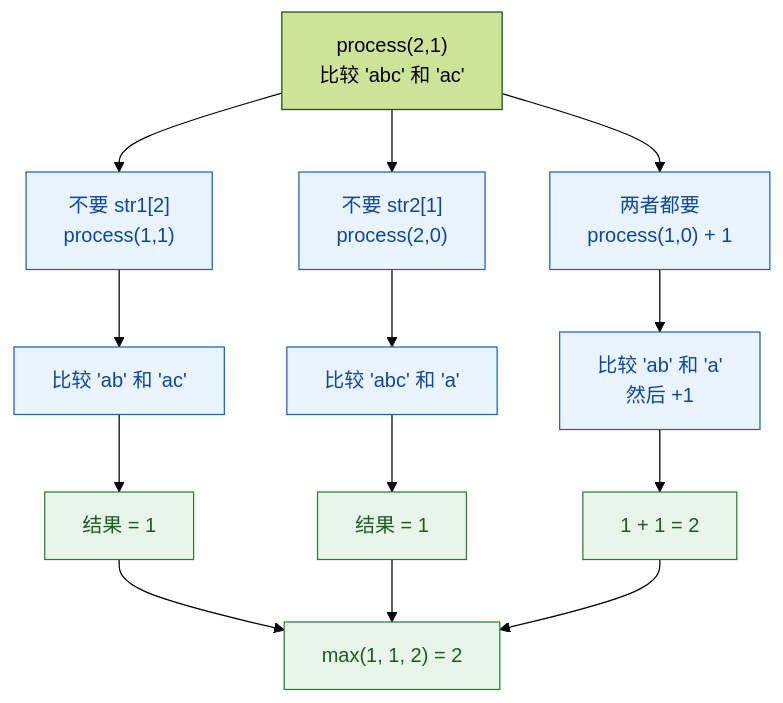
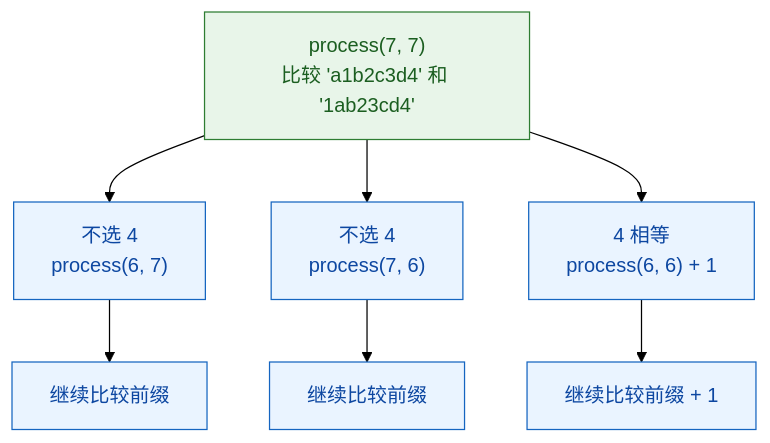
Before and after one commit to freeedoooooo/algs: the third of 3 diagrams in my-notes/01-基础巩固/13-暴力递归到动态规划2-尝试模型/14-尝试模型3-多样本位置全对应-最长公共子序列.md, drawn with Mermaid (forest theme). The commit also changed other lines of this file, not shown here.

````diff
--- a/my-notes/01-基础巩固/13-暴力递归到动态规划2-尝试模型/14-尝试模型3-多样本位置全对应-最长公共子序列.md
+++ b/my-notes/01-基础巩固/13-暴力递归到动态规划2-尝试模型/14-尝试模型3-多样本位置全对应-最长公共子序列.md
@@ -242,23 +146,15 @@
 ```mermaid
 graph TB
-    A["process(2,1)<br/>比较 'abc' 和 'ac'"] --> B["不要 str1[2]<br/>process(1,1)"]
-    A --> C["不要 str2[1]<br/>process(2,0)"]
-    A --> D["两者都要<br/>process(1,0) + 1"]
+    A["process(7, 7)<br/>比较 'a1b2c3d4' 和 '1ab23cd4'"] --> B["不选 4<br/>process(6, 7)"]
+    A --> C["不选 4<br/>process(7, 6)"]
+    A --> D["4 相等<br/>process(6, 6) + 1"]
 
-    B --> E["比较 'ab' 和 'ac'"]
-    C --> F["比较 'abc' 和 'a'"]
-    D --> G["比较 'ab' 和 'a'<br/>然后 +1"]
+    B --> E["继续比较前缀"]
+    C --> F["继续比较前缀"]
+    D --> G["继续比较前缀 + 1"]
 
-    E --> H["结果 = 1"]
-    F --> I["结果 = 1"]
-    G --> J["1 + 1 = 2"]
-
-    H --> K["max(1, 1, 2) = 2"]
-    I --> K
-    J --> K
-
-    classDef best fill:#E8F5E9,stroke:#2E7D32,color:#1B5E20;
-    classDef mid fill:#EAF4FF,stroke:#1565C0,color:#0D47A1;
-    class B,C,D,E,F,G mid;
-    class H,I,J,K best;
+    classDef chosen fill:#E8F5E9,stroke:#2E7D32,color:#1B5E20;
+    classDef normal fill:#EAF4FF,stroke:#1565C0,color:#0D47A1;
+    class B,C,D,E,F,G normal;
+    class A chosen;
 ```
````
